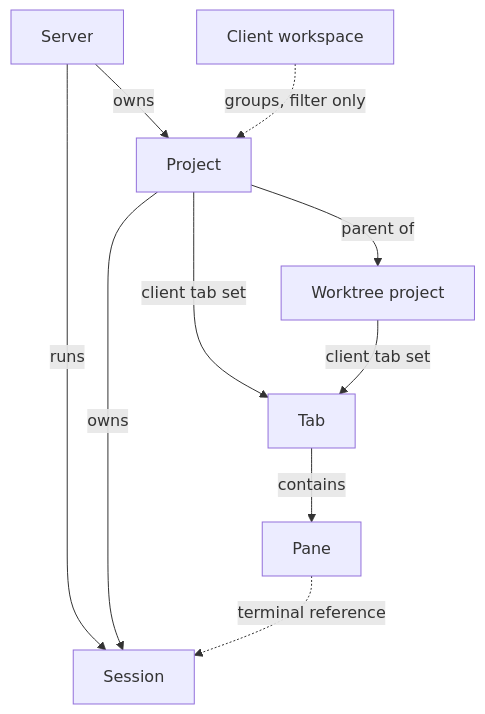
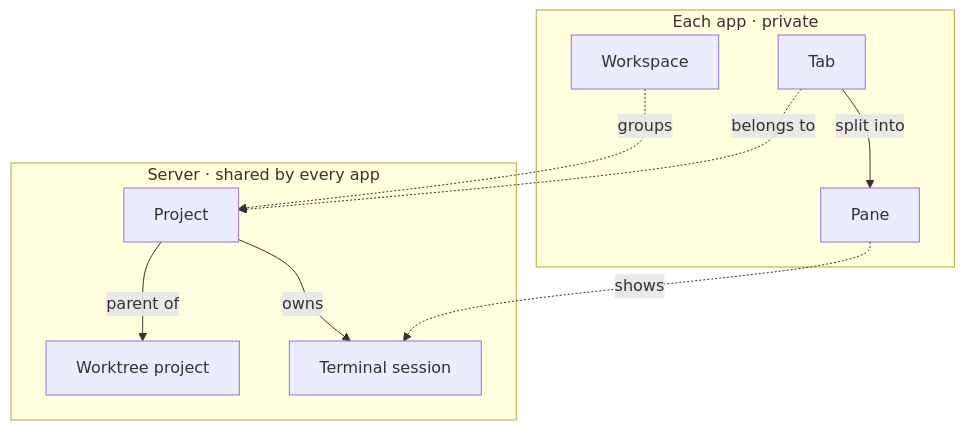
Before and after one commit to muxy-app/muxy: the first of 2 diagrams in docs/product/product-model.md, drawn with Mermaid. The commit also changed other lines of this file and 18 other files, not shown here.

````diff
--- a/docs/product/product-model.md
+++ b/docs/product/product-model.md
@@ -9,12 +7,19 @@
 ```mermaid
 flowchart TB
-    SERVER["Server"] -->|"owns"| PROJECT["Project"]
-    SERVER -->|"runs"| SESSION["Session"]
-    PROJECT -->|"owns"| SESSION
-    WORKSPACE["Client workspace"] -.->|"groups, filter only"| PROJECT
-    PROJECT -->|"parent of"| CHILD["Worktree project"]
-    PROJECT -->|"client tab set"| TAB["Tab"]
-    CHILD -->|"client tab set"| TAB
-    TAB -->|"contains"| PANE["Pane"]
-    PANE -.->|"terminal reference"| SESSION
+    subgraph SERVER["Server · shared by every app"]
+        PROJECT["Project"]
+        WORKTREE["Worktree project"]
+        SESSION["Terminal session"]
+        PROJECT -->|"parent of"| WORKTREE
+        PROJECT -->|"owns"| SESSION
+    end
+    subgraph APP["Each app · private"]
+        WORKSPACE["Workspace"]
+        TAB["Tab"]
+        PANE["Pane"]
+        TAB -->|"split into"| PANE
+    end
+    WORKSPACE -.->|"groups"| PROJECT
+    TAB -.->|"belongs to"| PROJECT
+    PANE -.->|"shows"| SESSION
 ```
````
